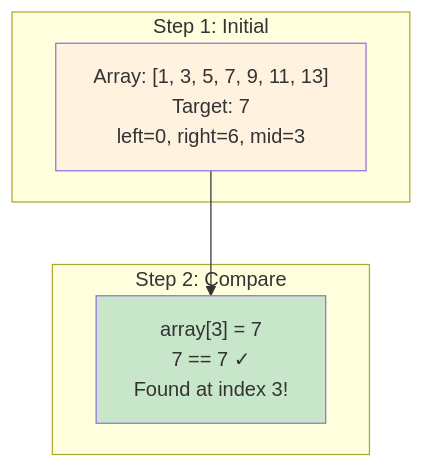
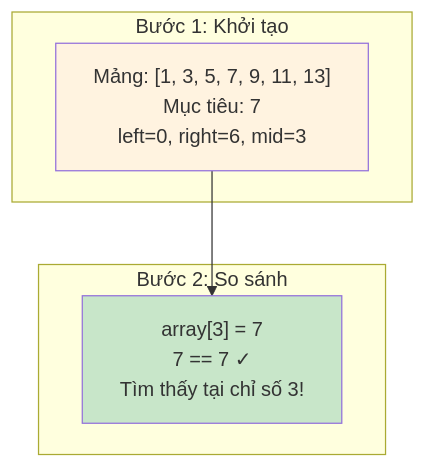
One commit to zukahai/ai-teaching-temp-vn changed the second of 2 diagrams in docs/appendix/cheatsheet.md. Above: the diagram before and after it, drawn with Mermaid. The commit also changed other lines of this file and 7 other files, not shown here.

````diff
--- a/docs/appendix/cheatsheet.md
+++ b/docs/appendix/cheatsheet.md
@@ -26,15 +26,15 @@
 ```mermaid
 graph TD
-    subgraph "Step 1: Initial"
-        A1["Array: [1, 3, 5, 7, 9, 11, 13]<br/>Target: 7<br/>left=0, right=6, mid=3"]
+    subgraph "Bước 1: Khởi tạo"
+        A1["Mảng: [1, 3, 5, 7, 9, 11, 13]<br/>Mục tiêu: 7<br/>left=0, right=6, mid=3"]
     end
     
-    subgraph "Step 2: Compare"
-        B1["array[3] = 7<br/>7 == 7 ✓<br/>Found at index 3!"]
+    subgraph "Bước 2: So sánh"
+        B1["array[3] = 7<br/>7 == 7 ✓<br/>Tìm thấy tại chỉ số 3!"]
     end
     
     A1 --> B1
     
     style A1 fill:#fff3e0
     style B1 fill:#c8e6c9
 ```
````
